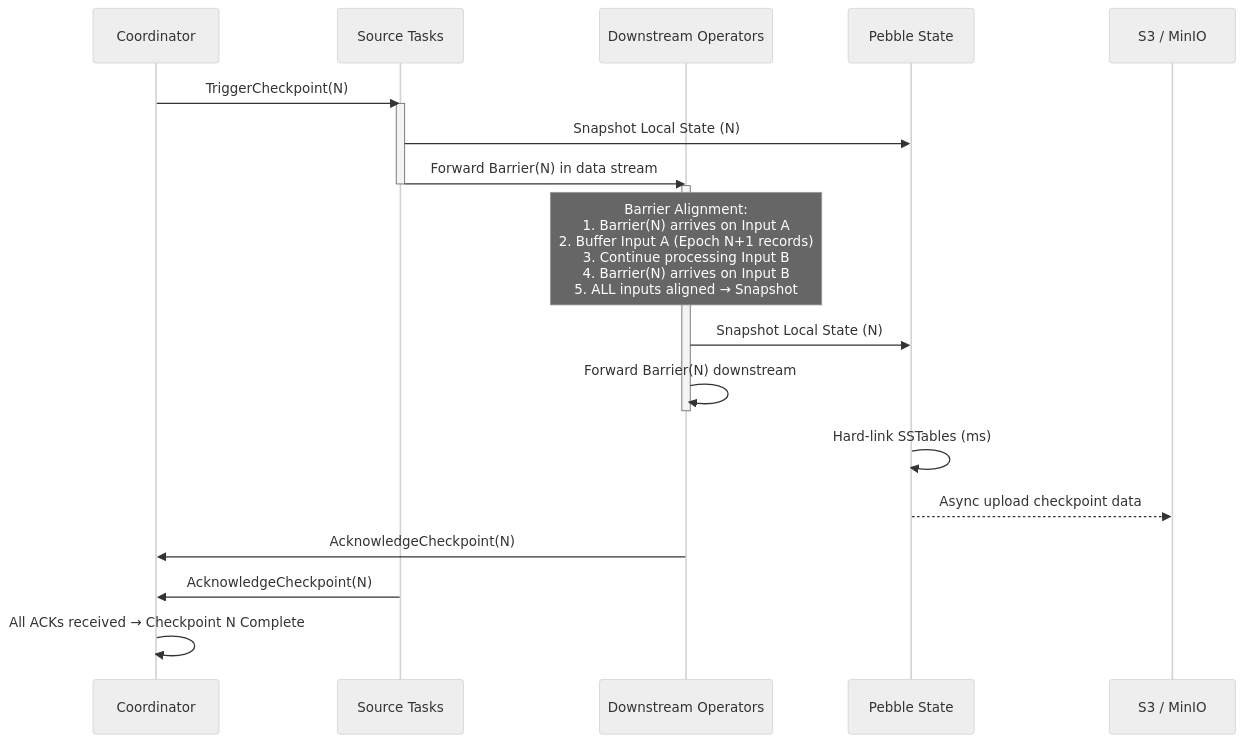
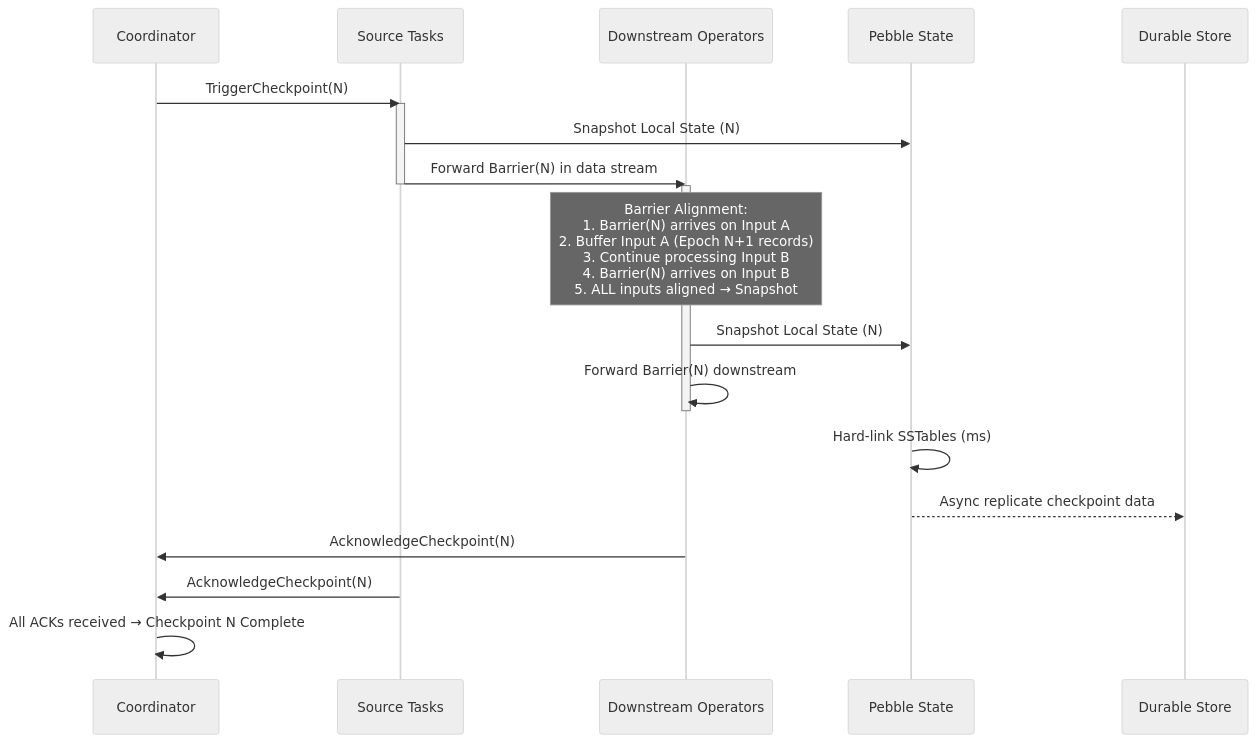
The fourth of 12 diagrams in docs/diagrams.md (tarungka/wire), drawn with Mermaid (neutral theme) before and after one commit. The commit also changed other lines of this file and 18 other files, not shown here.

````diff
--- a/docs/diagrams.md
+++ b/docs/diagrams.md
@@ -127,27 +127,27 @@
 ```mermaid
 sequenceDiagram
     participant C as Coordinator
     participant S as Source Tasks
     participant O as Downstream Operators
     participant P as Pebble State
-    participant S3 as S3 / MinIO
+    participant DS as Durable Store
 
     C->>S: TriggerCheckpoint(N)
     activate S
     S->>P: Snapshot Local State (N)
     S->>O: Forward Barrier(N) in data stream
     deactivate S
 
     activate O
     Note over O: Barrier Alignment:<br/>1. Barrier(N) arrives on Input A<br/>2. Buffer Input A (Epoch N+1 records)<br/>3. Continue processing Input B<br/>4. Barrier(N) arrives on Input B<br/>5. ALL inputs aligned → Snapshot
     O->>P: Snapshot Local State (N)
     O->>O: Forward Barrier(N) downstream
     deactivate O
 
     P->>P: Hard-link SSTables (ms)
-    P-->>S3: Async upload checkpoint data
+    P-->>DS: Async replicate checkpoint data
 
     O->>C: AcknowledgeCheckpoint(N)
     S->>C: AcknowledgeCheckpoint(N)
     C->>C: All ACKs received → Checkpoint N Complete
 ```
````
